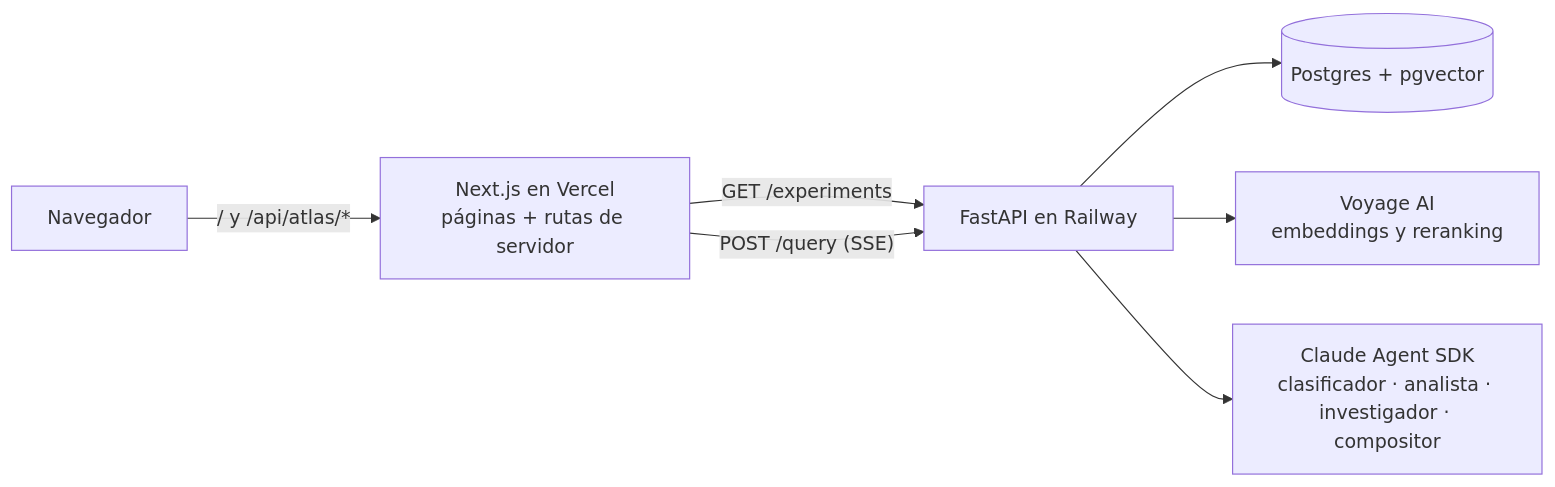
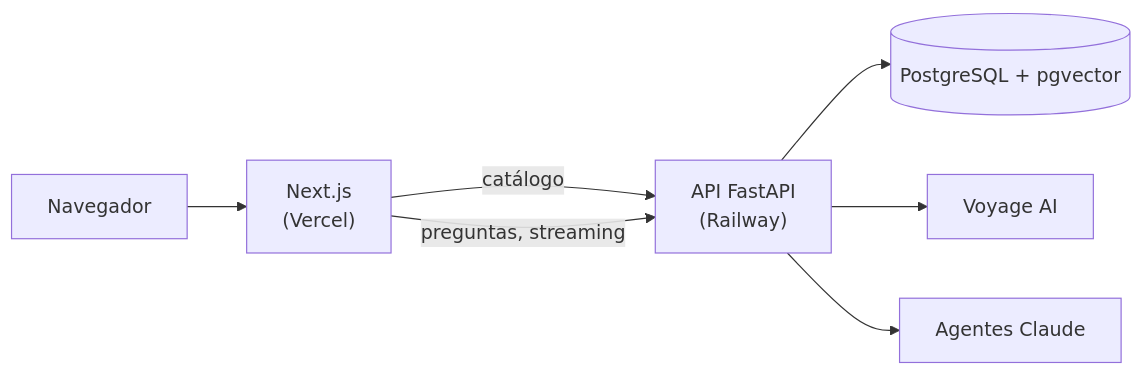
The diagram in README.md (dierez00/nasaspaceapp-challenge), drawn with Mermaid before and after one commit. The commit also changed other lines of this file and 2 other files, not shown here.

````diff
--- a/README.md
+++ b/README.md
@@ -36,9 +75,9 @@
 ```mermaid
 flowchart LR
-  U[Navegador] -->|"/ y /api/atlas/*"| N["Next.js en Vercel<br/>páginas + rutas de servidor"]
-  N -->|"GET /experiments"| F["FastAPI en Railway"]
-  N -->|"POST /query (SSE)"| F
-  F --> DB[("Postgres + pgvector")]
-  F --> V["Voyage AI<br/>embeddings y reranking"]
-  F --> C["Claude Agent SDK<br/>clasificador · analista · investigador · compositor"]
+  U[Navegador] --> N["Next.js<br/>(Vercel)"]
+  N -->|catálogo| F["API FastAPI<br/>(Railway)"]
+  N -->|preguntas, streaming| F
+  F --> DB[("PostgreSQL + pgvector")]
+  F --> V[Voyage AI]
+  F --> C["Agentes Claude"]
 ```
````
